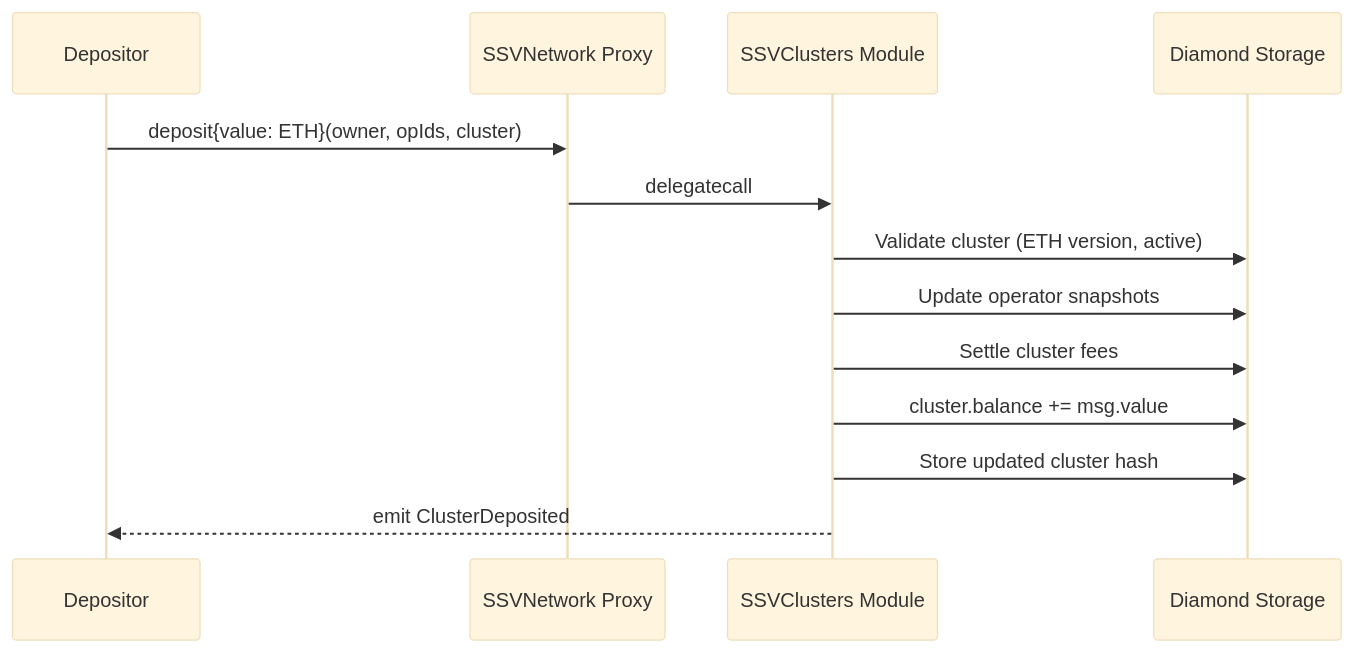
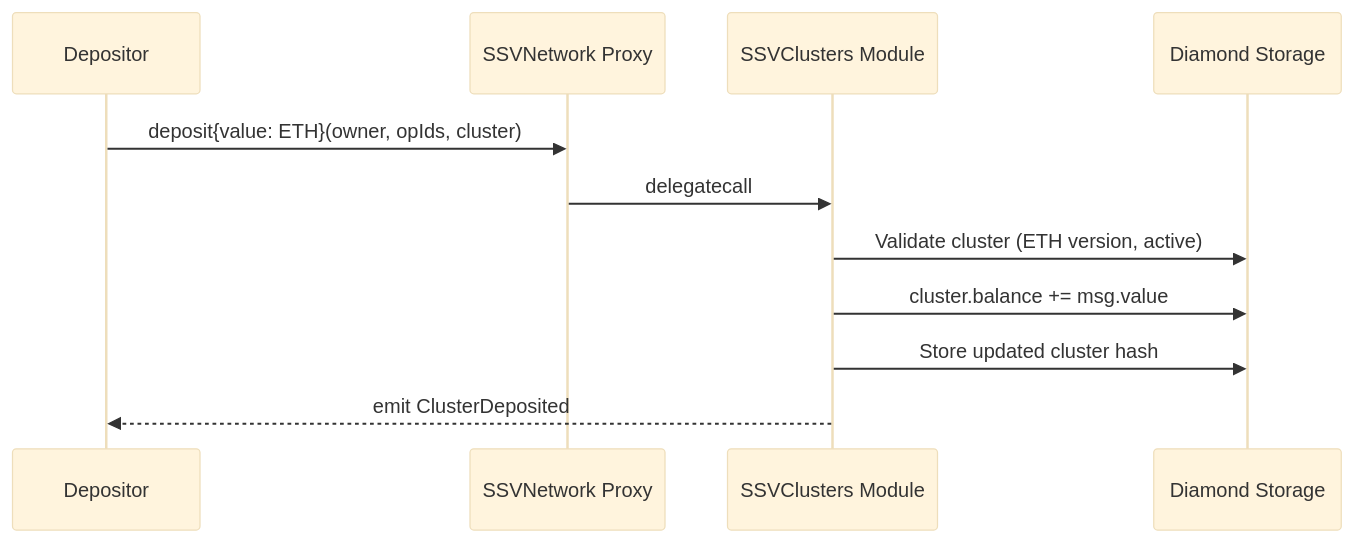
Before and after one commit to ssvlabs/ssv-network: the second of 9 diagrams in docs/FLOWS.md, drawn with Mermaid (base theme). The commit also changed other lines of this file and 2 other files, not shown here.

````diff
--- a/docs/FLOWS.md
+++ b/docs/FLOWS.md
@@ -176,16 +175,14 @@
 ```mermaid
 sequenceDiagram
     participant Anyone as Depositor
     participant SSVNetwork as SSVNetwork Proxy
     participant Clusters as SSVClusters Module
     participant Storage as Diamond Storage
 
     Anyone->>SSVNetwork: deposit{value: ETH}(owner, opIds, cluster)
     SSVNetwork->>Clusters: delegatecall
     Clusters->>Storage: Validate cluster (ETH version, active)
-    Clusters->>Storage: Update operator snapshots
-    Clusters->>Storage: Settle cluster fees
     Clusters->>Storage: cluster.balance += msg.value
     Clusters->>Storage: Store updated cluster hash
     Clusters-->>Anyone: emit ClusterDeposited
 ```
````
